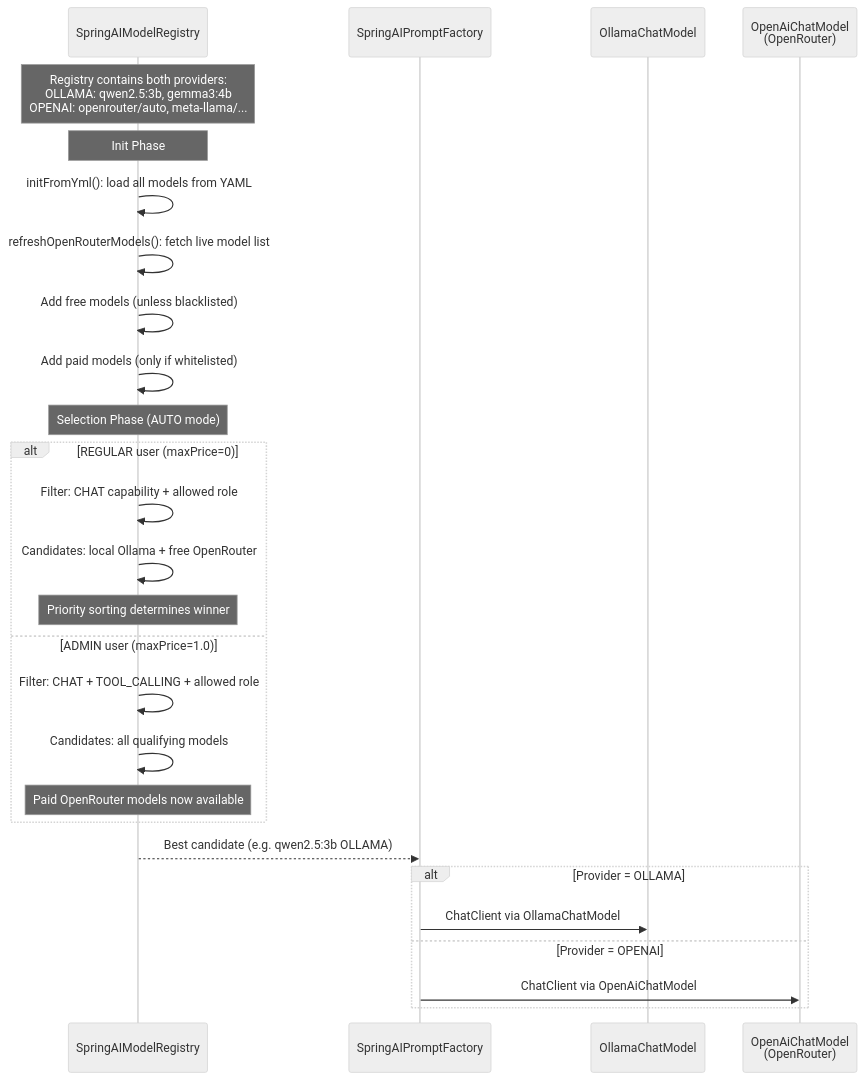
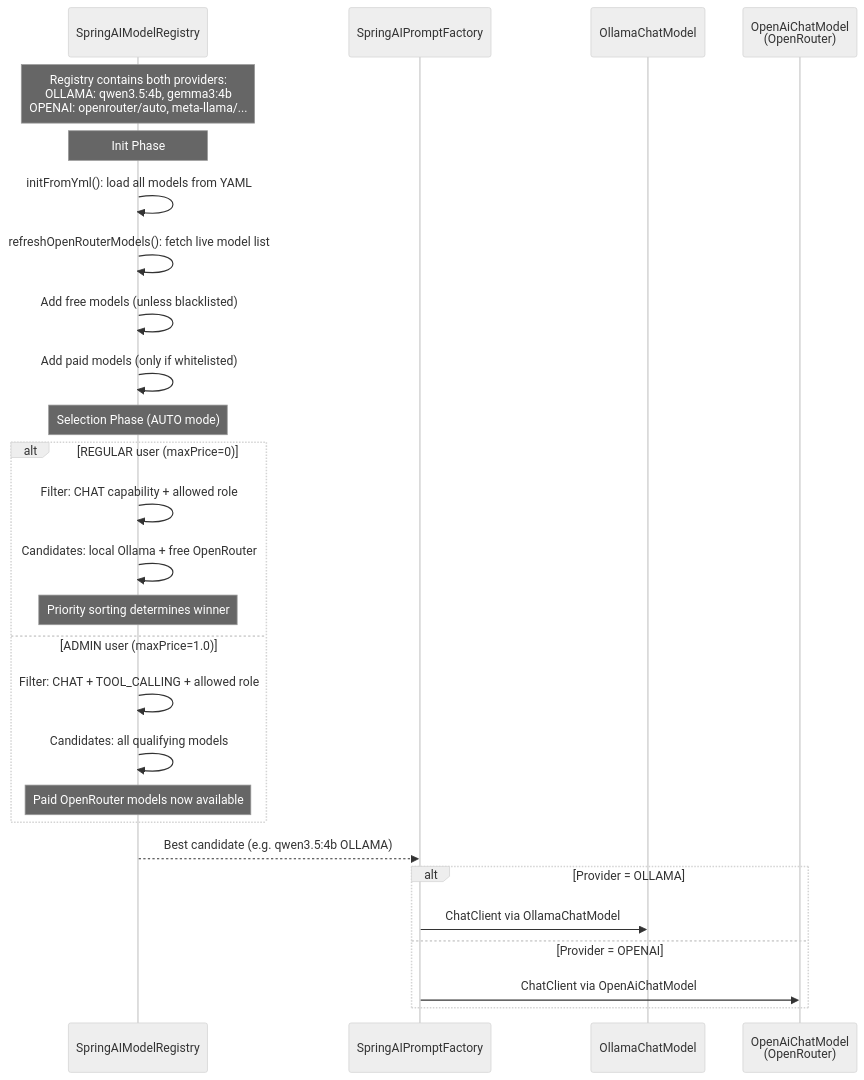
Before and after one commit to NGirchev/open-daimon: the third of 7 diagrams in docs/usecases/auto-mode-model-selection.md, drawn with Mermaid (neutral theme). The commit also changed other lines of this file and 508 other files, not shown here.

````diff
--- a/docs/usecases/auto-mode-model-selection.md
+++ b/docs/usecases/auto-mode-model-selection.md
@@ -110,36 +110,36 @@
 ```mermaid
 sequenceDiagram
     participant Reg as SpringAIModelRegistry
     participant PF as SpringAIPromptFactory
     participant Ollama as OllamaChatModel
     participant OR as OpenAiChatModel<br/>(OpenRouter)
 
-    Note over Reg: Registry contains both providers:<br/>OLLAMA: qwen2.5:3b, gemma3:4b<br/>OPENAI: openrouter/auto, meta-llama/...
+    Note over Reg: Registry contains both providers:<br/>OLLAMA: qwen3.5:4b, gemma3:4b<br/>OPENAI: openrouter/auto, meta-llama/...
 
     Note over Reg: Init Phase
 
     Reg->>Reg: initFromYml(): load all models from YAML
     Reg->>Reg: refreshOpenRouterModels(): fetch live model list
     Reg->>Reg: Add free models (unless blacklisted)
     Reg->>Reg: Add paid models (only if whitelisted)
 
     Note over Reg: Selection Phase (AUTO mode)
 
     alt REGULAR user (maxPrice=0)
         Reg->>Reg: Filter: CHAT capability + allowed role
         Reg->>Reg: Candidates: local Ollama + free OpenRouter
         Note over Reg: Priority sorting determines winner
     else ADMIN user (maxPrice=1.0)
         Reg->>Reg: Filter: CHAT + TOOL_CALLING + allowed role
         Reg->>Reg: Candidates: all qualifying models
         Note over Reg: Paid OpenRouter models now available
     end
 
-    Reg-->>PF: Best candidate (e.g. qwen2.5:3b OLLAMA)
+    Reg-->>PF: Best candidate (e.g. qwen3.5:4b OLLAMA)
 
     alt Provider = OLLAMA
         PF->>Ollama: ChatClient via OllamaChatModel
     else Provider = OPENAI
         PF->>OR: ChatClient via OpenAiChatModel
     end
 ```
````
